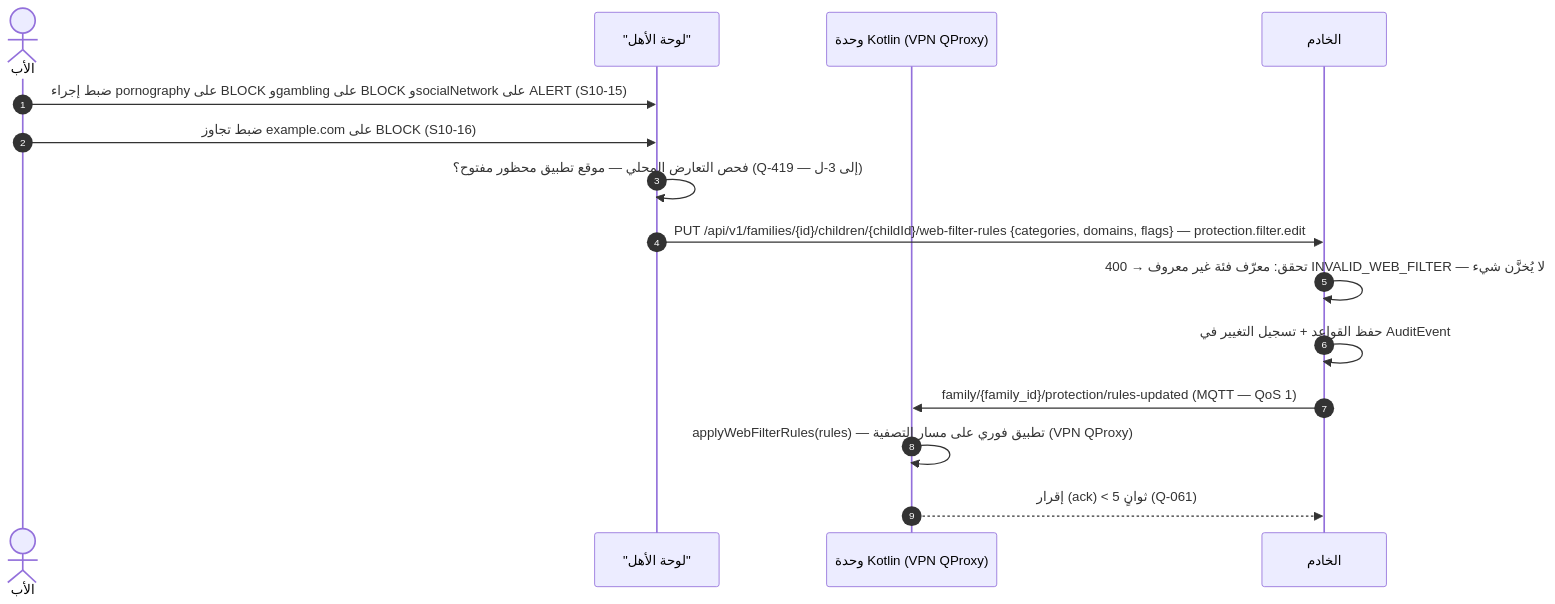
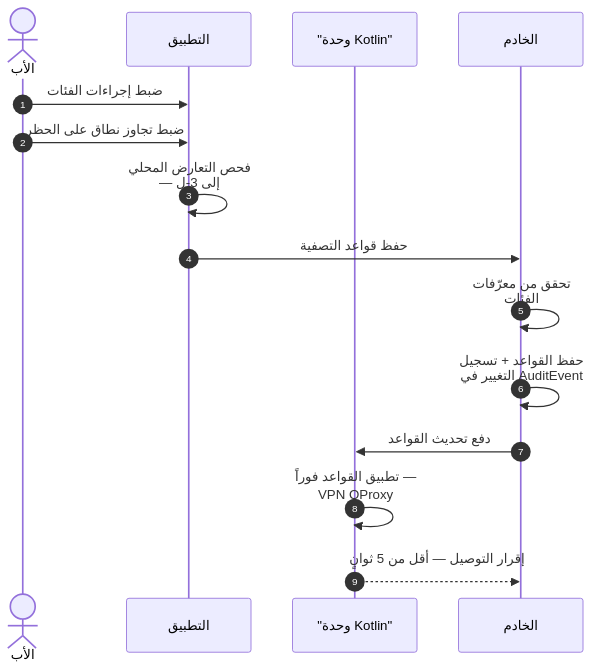
One commit to Bassam-mohammed-alqaeadi/family-os-v2 changed diagram 15 of 45 in docs/family-os/governance/phases/phase-1/S1-10-protection-and-enforcement/DIAGRAMS.md. Above: the diagram before and after it, drawn with Mermaid. The commit also changed other lines of this file, not shown here.

````diff
--- a/docs/family-os/governance/phases/phase-1/S1-10-protection-and-enforcement/DIAGRAMS.md
+++ b/docs/family-os/governance/phases/phase-1/S1-10-protection-and-enforcement/DIAGRAMS.md
@@ -695,17 +763,18 @@
 ```mermaid
+%%{init: {"sequence": {"wrap": true}}}%%
 sequenceDiagram
     autonumber
     actor Father as الأب
-    participant Flutter as "لوحة الأهل"
-    participant K as وحدة Kotlin (VPN QProxy)
+    participant App as التطبيق
+    participant K as "وحدة Kotlin"
     participant Ktor as الخادم
-    Father->>Flutter: ضبط إجراء pornography على BLOCK وgambling على BLOCK وsocialNetwork على ALERT (S10-15)
-    Father->>Flutter: ضبط تجاوز example.com على BLOCK (S10-16)
-    Flutter->>Flutter: فحص التعارض المحلي — موقع تطبيق محظور مفتوح؟ (Q-419 — إلى 3-ل)
-    Flutter->>Ktor: PUT /api/v1/families/{id}/children/{childId}/web-filter-rules {categories, domains, flags} — protection.filter.edit
-    Ktor->>Ktor: تحقق: معرّف فئة غير معروف → 400 INVALID_WEB_FILTER — لا يُخزَّن شيء
+    Father->>App: ضبط إجراءات الفئات
+    Father->>App: ضبط تجاوز نطاق على الحظر
+    App->>App: فحص التعارض المحلي — إلى 3-ل
+    App->>Ktor: حفظ قواعد التصفية
+    Ktor->>Ktor: تحقق من معرّفات الفئات
     Ktor->>Ktor: حفظ القواعد + تسجيل التغيير في AuditEvent
-    Ktor->>K: family/{family_id}/protection/rules-updated (MQTT — QoS 1)
-    K->>K: applyWebFilterRules(rules) — تطبيق فوري على مسار التصفية (VPN QProxy)
-    K-->>Ktor: إقرار (ack) < 5 ثوانٍ (Q-061)
+    Ktor->>K: دفع تحديث القواعد
+    K->>K: تطبيق القواعد فوراً — VPN QProxy
+    K-->>Ktor: إقرار التوصيل — أقل من 5 ثوانٍ
 ```
````
